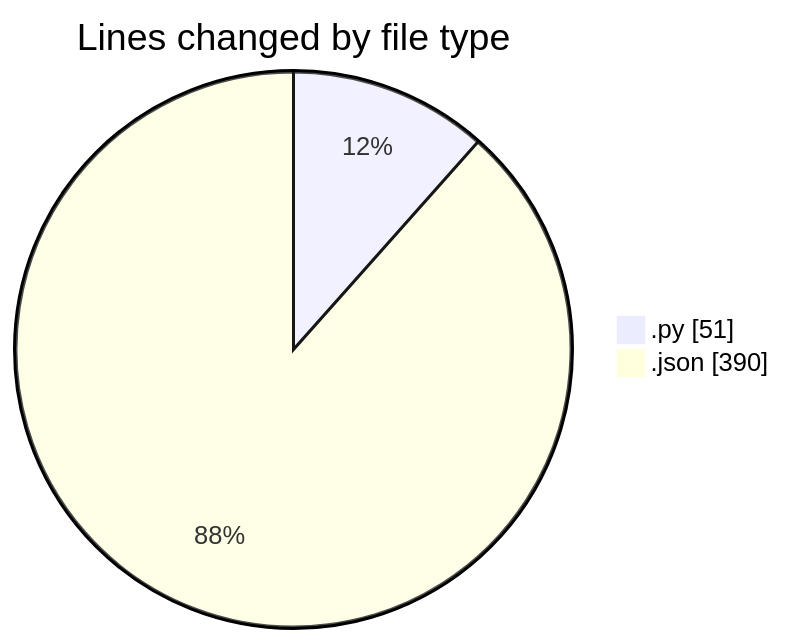
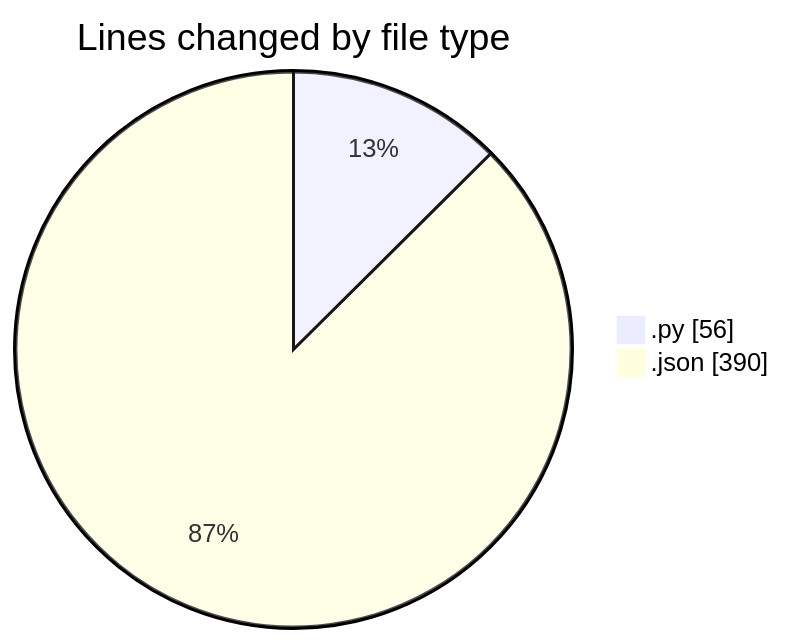
The first of 2 diagrams in 2025-05-03/uhigh-lang/README.md (charlie-sans/code-tracking), drawn with Mermaid before and after one commit. The commit also changed other lines of this file and 1 other file, not shown here.

````diff
--- a/2025-05-03/uhigh-lang/README.md
+++ b/2025-05-03/uhigh-lang/README.md
@@ -21,6 +21,6 @@
 ```mermaid
 pie showData
 title Lines changed by file type
-".py" : 51
+".py" : 56
 ".json" : 390
 ```
````
